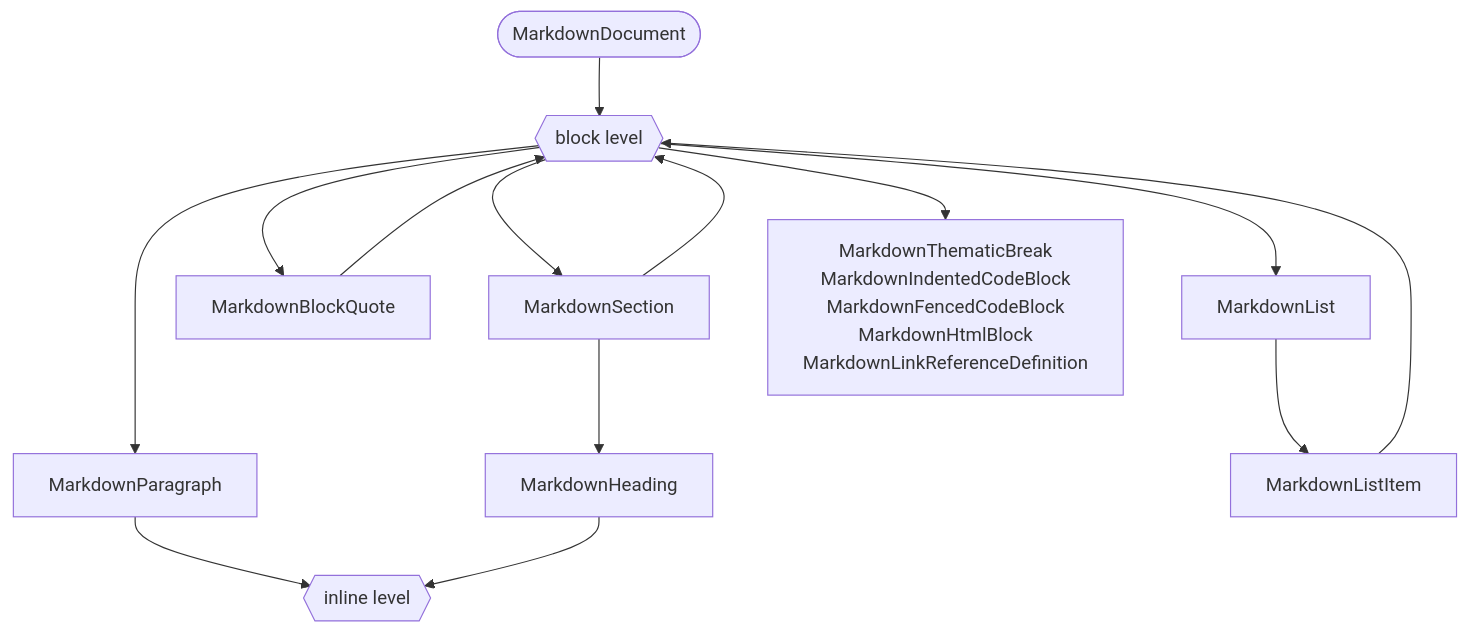
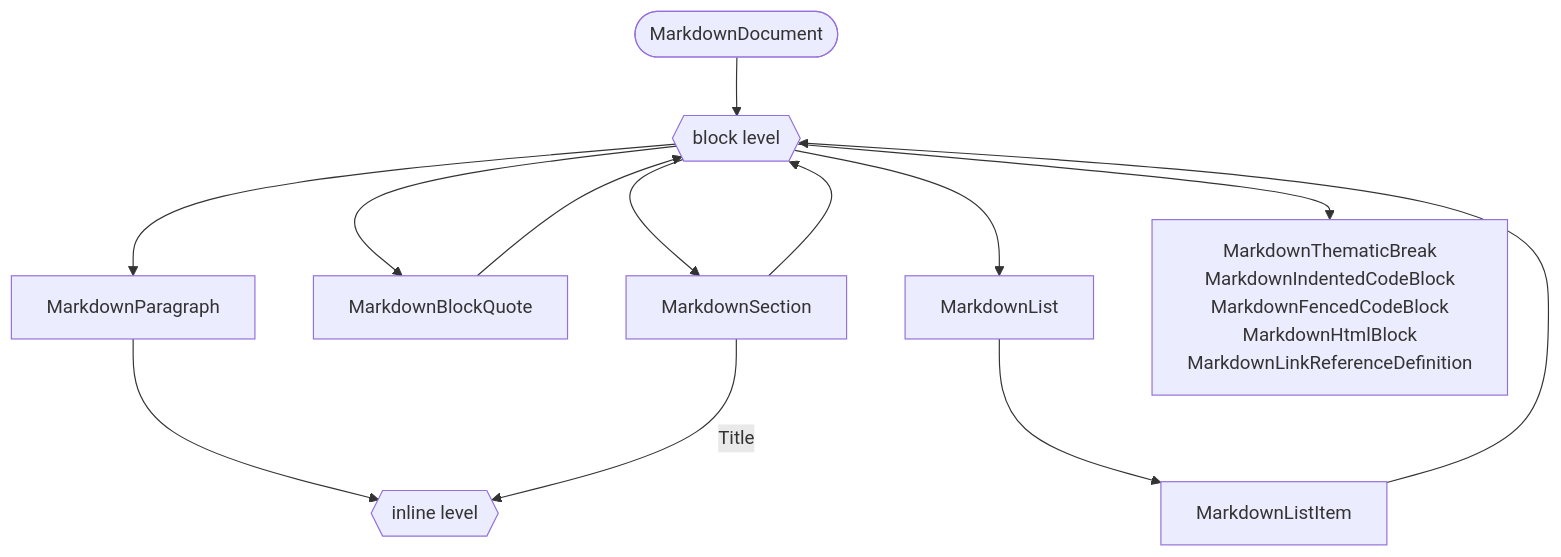
The diagram in docs/markdown-object-model/design.md (PSModule/Markdown), drawn with Mermaid before and after one commit. The commit also changed other lines of this file, not shown here.

````diff
--- a/docs/markdown-object-model/design.md
+++ b/docs/markdown-object-model/design.md
@@ -37,19 +43,18 @@
 ```mermaid
 flowchart TD
     Doc(["MarkdownDocument"]) --> BL{{"block level"}}
 
     BL --> SE["MarkdownSection"]
     BL --> BQ["MarkdownBlockQuote"]
     BL --> LS["MarkdownList"]
     BL --> PA["MarkdownParagraph"]
     BL --> LFB["MarkdownThematicBreak<br>MarkdownIndentedCodeBlock<br>MarkdownFencedCodeBlock<br>MarkdownHtmlBlock<br>MarkdownLinkReferenceDefinition"]
 
-    SE --> HD["MarkdownHeading"]
     SE --> BL
     BQ --> BL
     LS --> LI["MarkdownListItem"]
     LI --> BL
 
     PA --> IL{{"inline level"}}
-    HD --> IL
+    SE -->|Title| IL
 ```
````
